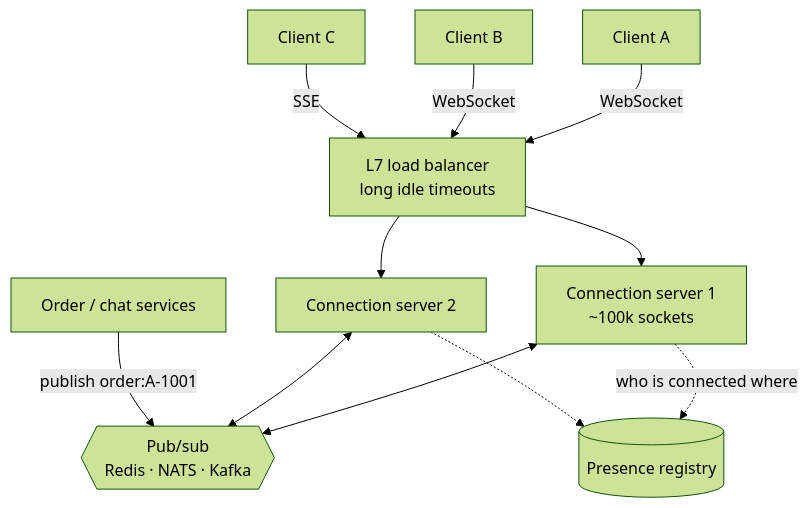
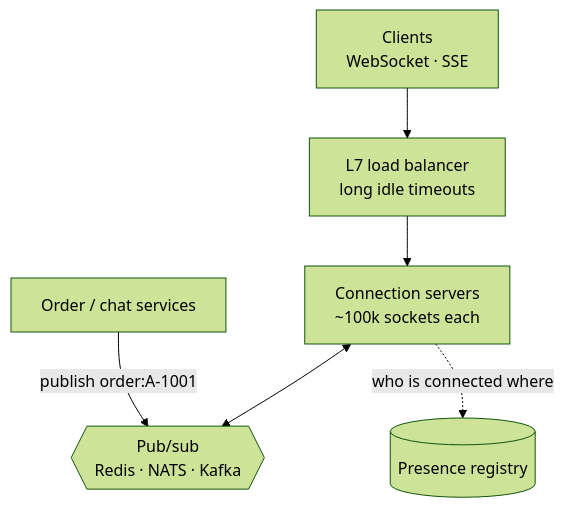
The diagram in src/content/topics/backend/realtime-communication/diagrams/ws-scale-out.mmd (dhaval-76/engineering-field-guide), drawn with Mermaid (forest theme) before and after one commit. The commit also changed 21 other files, not shown here.

Commit message:
Every diagram now fits a phone: decision flows became DecisionGuides, thread states redrawn, remaining flowcharts narrowed

```diff
--- a/src/content/topics/backend/realtime-communication/diagrams/ws-scale-out.mmd
+++ b/src/content/topics/backend/realtime-communication/diagrams/ws-scale-out.mmd
@@ -1,11 +1,6 @@
 flowchart TD
-  U1[Client A] -- WebSocket --> LB[L7 load balancer<br/>long idle timeouts]
-  U2[Client B] -- WebSocket --> LB
-  U3[Client C] -- SSE --> LB
-  LB --> G1[Connection server 1<br/>~100k sockets]
-  LB --> G2[Connection server 2]
-  G1 <--> PS{{Pub/sub<br/>Redis · NATS · Kafka}}
-  G2 <--> PS
-  SVC[Order / chat services] -- publish order:A-1001 --> PS
-  G1 -. who is connected where .-> REG[(Presence registry)]
-  G2 -.-> REG
+  U[Clients<br/>WebSocket · SSE] --> LB[L7 load balancer<br/>long idle timeouts]
+  LB --> G[Connection servers<br/>~100k sockets each]
+  G <--> PS{{Pub/sub<br/>Redis · NATS · Kafka}}
+  SVC[Order / chat services] -- "publish order:A-1001" --> PS
+  G -. "who is connected where" .-> REG[(Presence registry)]
```
